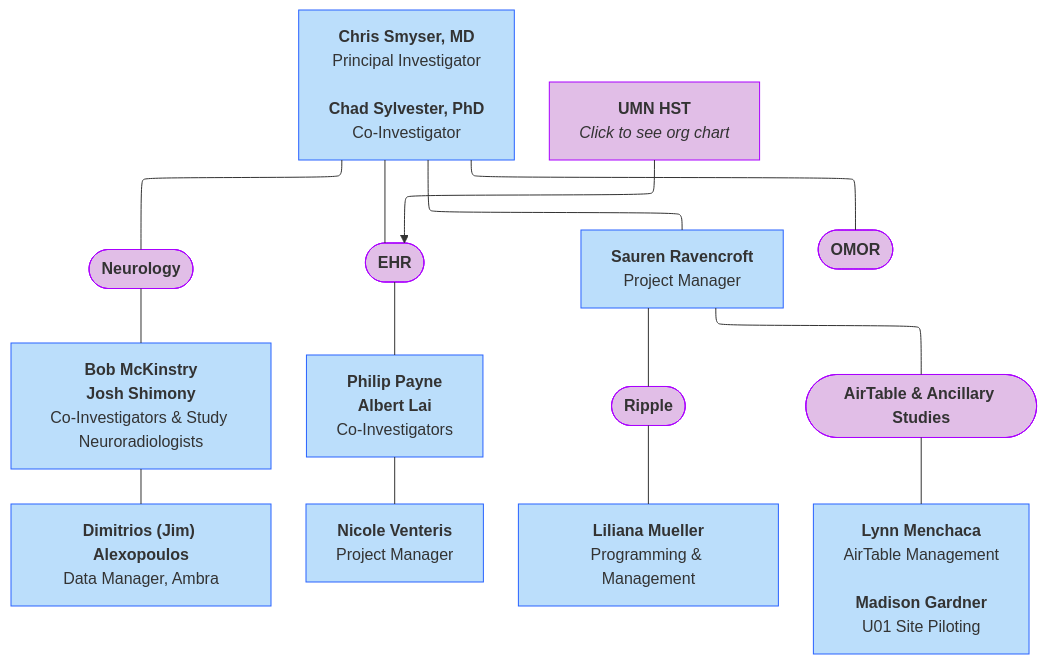
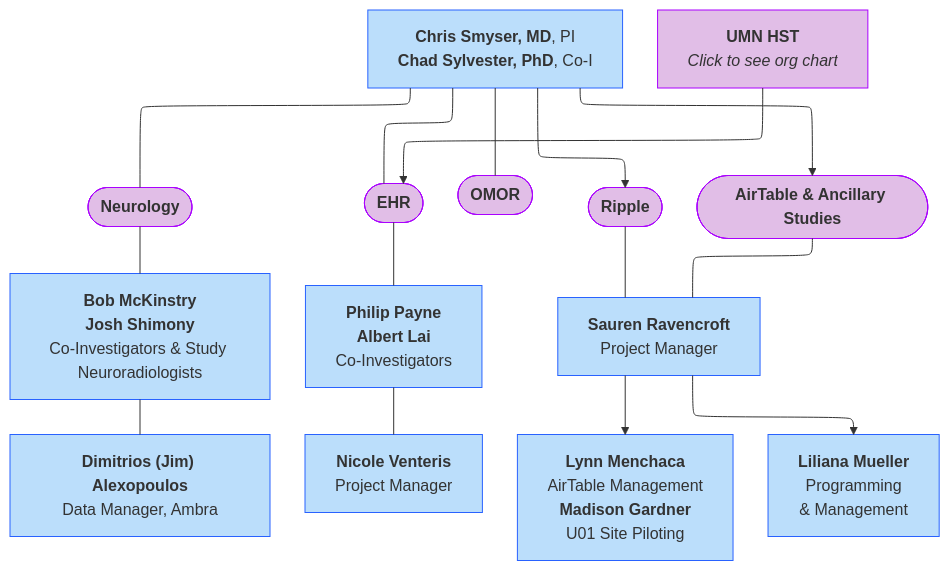
One commit to DCAN-Labs/hbcd-docs-internal changed the eighth of 9 diagrams in docs/orgcharts.md. Above: the diagram before and after it, drawn with Mermaid.

Commit message:
polish WashU chart

````diff
--- a/docs/orgcharts.md
+++ b/docs/orgcharts.md
@@ -418,32 +418,32 @@
 ```mermaid
 ---
 config:
   layout: elk
 ---
 flowchart TB
-    A["<b>Chris Smyser, MD</b><br>Principal Investigator<br>
-    <b>Chad Sylvester, PhD</b><br>Co-Investigator"] --- neurology(["<b>Neurology</b>"]) & C(["<b>EHR</b><br>"]) & B["<b>Sauren Ravencroft</b><br>Project Manager"] & n11(["<b>OMOR</b>"])
+    A["<b>Chris Smyser, MD</b>, PI<br><b>Chad Sylvester, PhD</b>, Co-I"] --- neurology(["<b>Neurology</b>"]) & C(["<b>EHR</b><br>"]) & n11(["<b>OMOR</b>"])
     neurology --- n1["<b>Bob McKinstry</b><br><b>Josh Shimony</b><br>Co-Investigators &amp; Study Neuroradiologists"]
     n1 --- n2["<b>Dimitrios (Jim) Alexopoulos</b><br>Data Manager, Ambra"]
     C --- n3["<b>Philip Payne</b><br><b>Albert Lai</b><br>Co-Investigators"]
     n3 --- n4["<b>Nicole Venteris</b><br>Project Manager"]
-    B --- n5(["<b>Ripple</b>"]) & n6(["<b>AirTable &amp; Ancillary Studies</b>"])
-    n5 --- n8["<b>Liliana Mueller</b><br>Programming &amp; Management"]
-    n6 --- n9["<b>Lynn Menchaca</b><br>AirTable Management<br><br><b>Madison Gardner</b><br>U01 Site Piloting"]
     n12["<b>UMN HST</b><br><i>Click to see org chart</i>"] --> C
+    n5(["<b>Ripple</b>"]) --- B["<b>Sauren Ravencroft</b><br>Project Manager"]
+    A --> n5 & n6(["<b>AirTable &amp; Ancillary Studies</b>"])
+    B --> n8["<b>Lynn Menchaca</b><br>AirTable Management<br><b>Madison Gardner</b><br>U01 Site Piloting"] & n9["<b>Liliana Mueller</b><br>Programming<br>&amp; Management"]
+    n6 --- B
     style A fill:#BBDEFB,stroke:#2962FF
     style neurology fill:#E1BEE7,stroke:#AA00FF
     style C fill:#E1BEE7,stroke:#AA00FF
-    style B fill:#BBDEFB,stroke:#2962FF
     style n11 fill:#E1BEE7,stroke:#AA00FF
     style n1 fill:#BBDEFB,stroke:#2962FF
     style n2 fill:#BBDEFB,stroke:#2962FF
     style n3 fill:#BBDEFB,stroke:#2962FF
     style n4 fill:#BBDEFB,stroke:#2962FF
+    style n12 fill:#E1BEE7,stroke:#AA00FF
     style n5 fill:#E1BEE7,stroke:#AA00FF
+    style B fill:#BBDEFB,stroke:#2962FF
     style n6 fill:#E1BEE7,stroke:#AA00FF
     style n8 fill:#BBDEFB,stroke:#2962FF
     style n9 fill:#BBDEFB,stroke:#2962FF
-    style n12 fill:#E1BEE7,stroke:#AA00FF
     click n12 "#health-sciences-technology"
 ```
````
